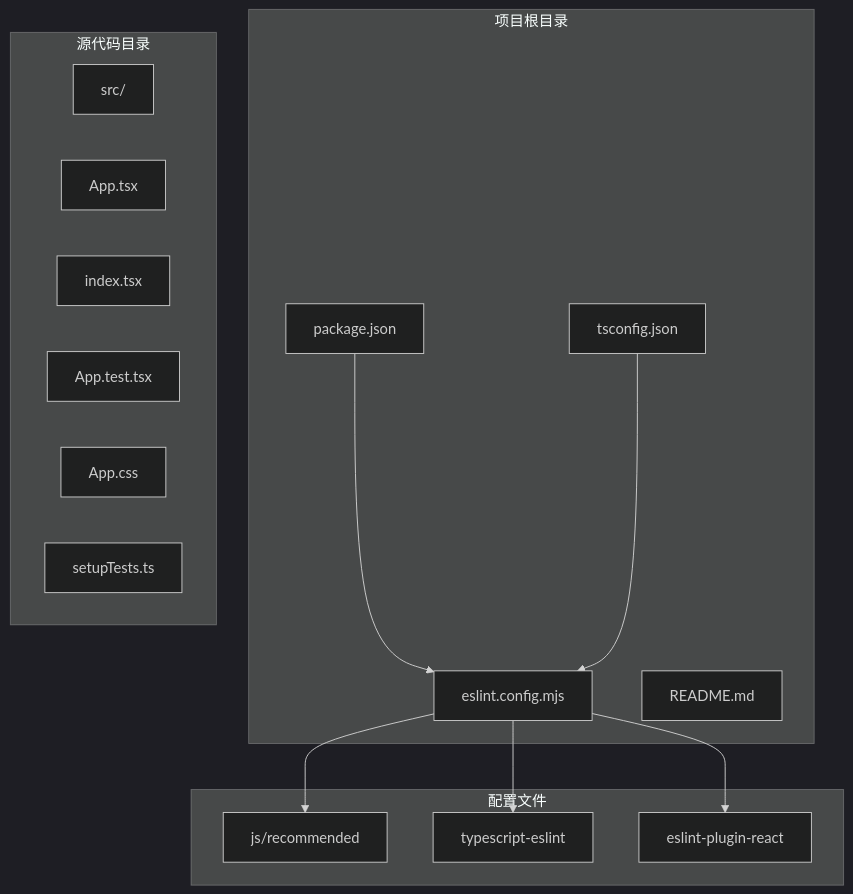
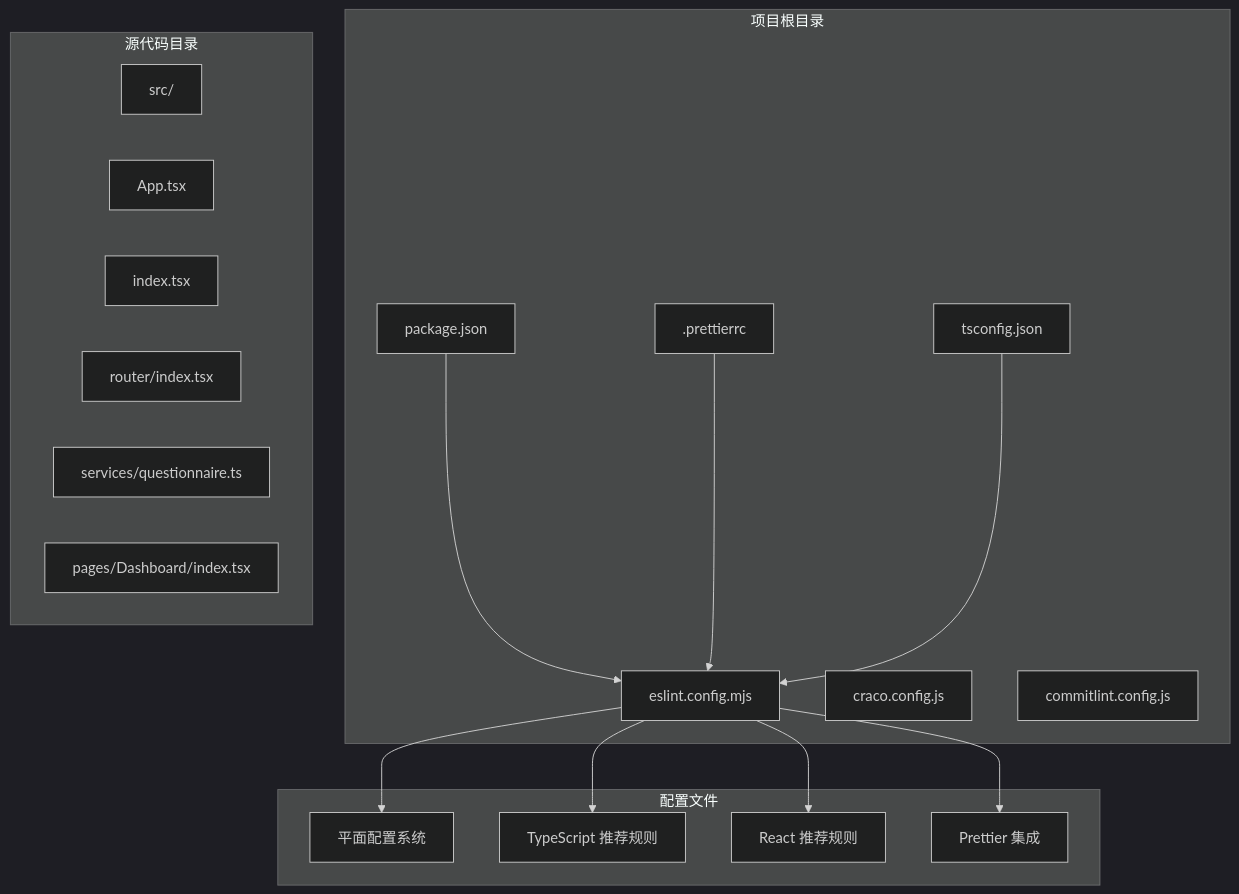
One commit to kkxxll/reactNext changed the first of 9 diagrams in .qoder/repowiki/zh/content/开发工具链/ESLint 代码质量检查.md. Above: the diagram before and after it, drawn with Mermaid (dark theme). The commit also changed other lines of this file and 7 other files, not shown here.

First line of the commit message:
feat(toolchain): 集成 Prettier、CommitLint、Husky 和 lint-staged

````diff
--- a/.qoder/repowiki/zh/content/开发工具链/ESLint 代码质量检查.md
+++ b/.qoder/repowiki/zh/content/开发工具链/ESLint 代码质量检查.md
@@ -40,27 +55,32 @@
 ```mermaid
 graph TB
 subgraph "项目根目录"
 ESM[eslint.config.mjs]
 PKG[package.json]
+PRC[.prettierrc]
+CRACO[craco.config.js]
 TS[tsconfig.json]
-RD[README.md]
+COMMIT[commitlint.config.js]
 end
 subgraph "源代码目录"
 SRC[src/]
 APP[App.tsx]
 IDX[index.tsx]
-TEST[App.test.tsx]
-CSS[App.css]
-SETUP[setupTests.ts]
+ROUTER[router/index.tsx]
+SERVICE[services/questionnaire.ts]
+PAGE[pages/Dashboard/index.tsx]
 end
 subgraph "配置文件"
-JSCFG[js/recommended]
-TSCFG[typescript-eslint]
-REACTCFG[eslint-plugin-react]
+FLAT[平面配置系统]
+TSRECOMM[TypeScript 推荐规则]
+REACTRECOMM[React 推荐规则]
+PRETTIER[Prettier 集成]
 end
-ESM --> JSCFG
-ESM --> TSCFG
-ESM --> REACTCFG
+ESM --> FLAT
+ESM --> TSRECOMM
+ESM --> REACTRECOMM
+ESM --> PRETTIER
 PKG --> ESM
+PRC --> ESM
 TS --> ESM
 ```
````
